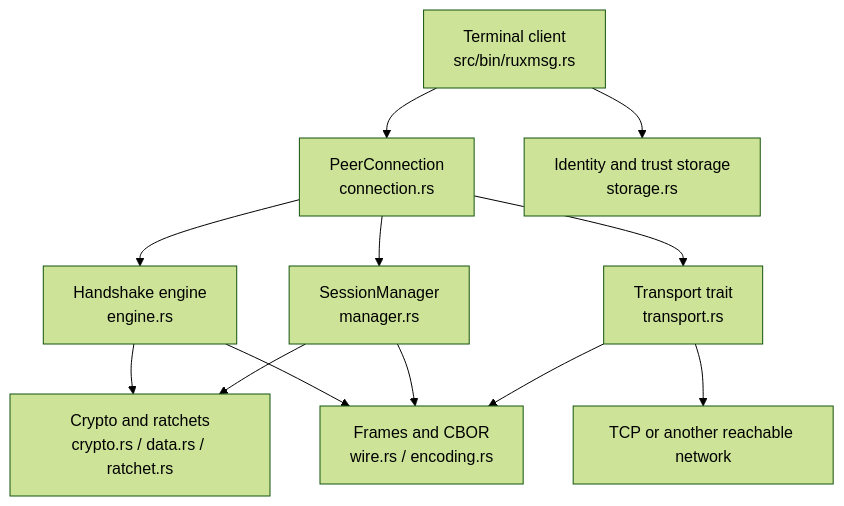
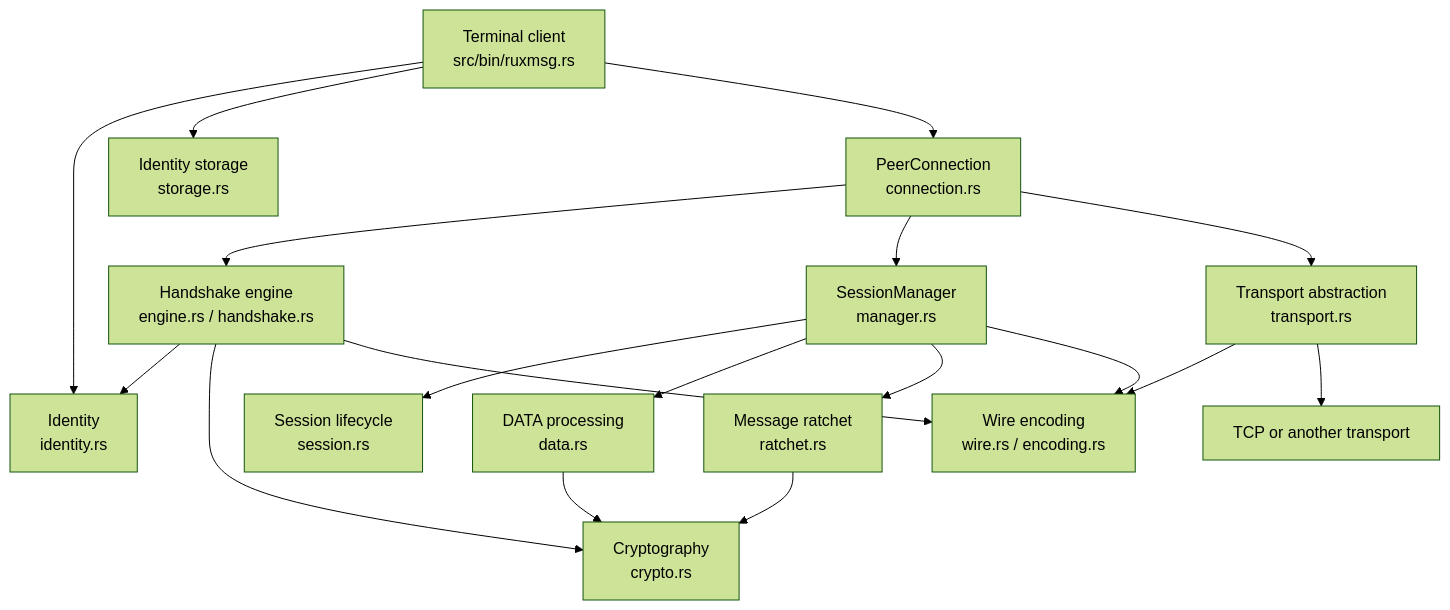
The diagram in docs/architecture.md (bubzywubzy/RUXMSG), drawn with Mermaid (forest theme) before and after one commit. The commit also changed other lines of this file and 7 other files, not shown here.

````diff
--- a/docs/architecture.md
+++ b/docs/architecture.md
@@ -9,24 +15,51 @@
 ```mermaid
 flowchart TD
-    CLI[Terminal client\nsrc/bin/ruxmsg.rs]
-    CONN[PeerConnection\nconnection.rs]
-    ENGINE[Handshake engine\nengine.rs]
-    MANAGER[SessionManager\nmanager.rs]
-    CRYPTO[Crypto and ratchets\ncrypto.rs / data.rs / ratchet.rs]
-    WIRE[Frames and CBOR\nwire.rs / encoding.rs]
-    TRANS[Transport trait\ntransport.rs]
-    STORE[Identity and trust storage\nstorage.rs]
-    NET[TCP or another reachable network]
+    CLI["Terminal client<br/>src/bin/ruxmsg.rs"]
 
+    CONN["PeerConnection<br/>connection.rs"]
+
+    ENGINE["Handshake engine<br/>engine.rs / handshake.rs"]
+
+    MANAGER["SessionManager<br/>manager.rs"]
+
+    SESSION["Session lifecycle<br/>session.rs"]
+
+    CRYPTO["Cryptography<br/>crypto.rs"]
+
+    RATCHET["Message ratchet<br/>ratchet.rs"]
+
+    DATA["DATA processing<br/>data.rs"]
+
+    WIRE["Wire encoding<br/>wire.rs / encoding.rs"]
+
+    TRANS["Transport abstraction<br/>transport.rs"]
+
+    IDENTITY["Identity<br/>identity.rs"]
+
+    STORE["Identity storage<br/>storage.rs"]
+
+    NET["TCP or another transport"]
+
+    CLI --> IDENTITY
+    CLI --> STORE
     CLI --> CONN
-    CLI --> STORE
+
     CONN --> ENGINE
     CONN --> MANAGER
+    CONN --> TRANS
+
+    ENGINE --> IDENTITY
     ENGINE --> CRYPTO
-    MANAGER --> CRYPTO
     ENGINE --> WIRE
+
+    MANAGER --> SESSION
+    MANAGER --> DATA
+    MANAGER --> RATCHET
     MANAGER --> WIRE
-    CONN --> TRANS
+
+    DATA --> CRYPTO
+    RATCHET --> CRYPTO
+
     TRANS --> WIRE
     TRANS --> NET
 ```
````
